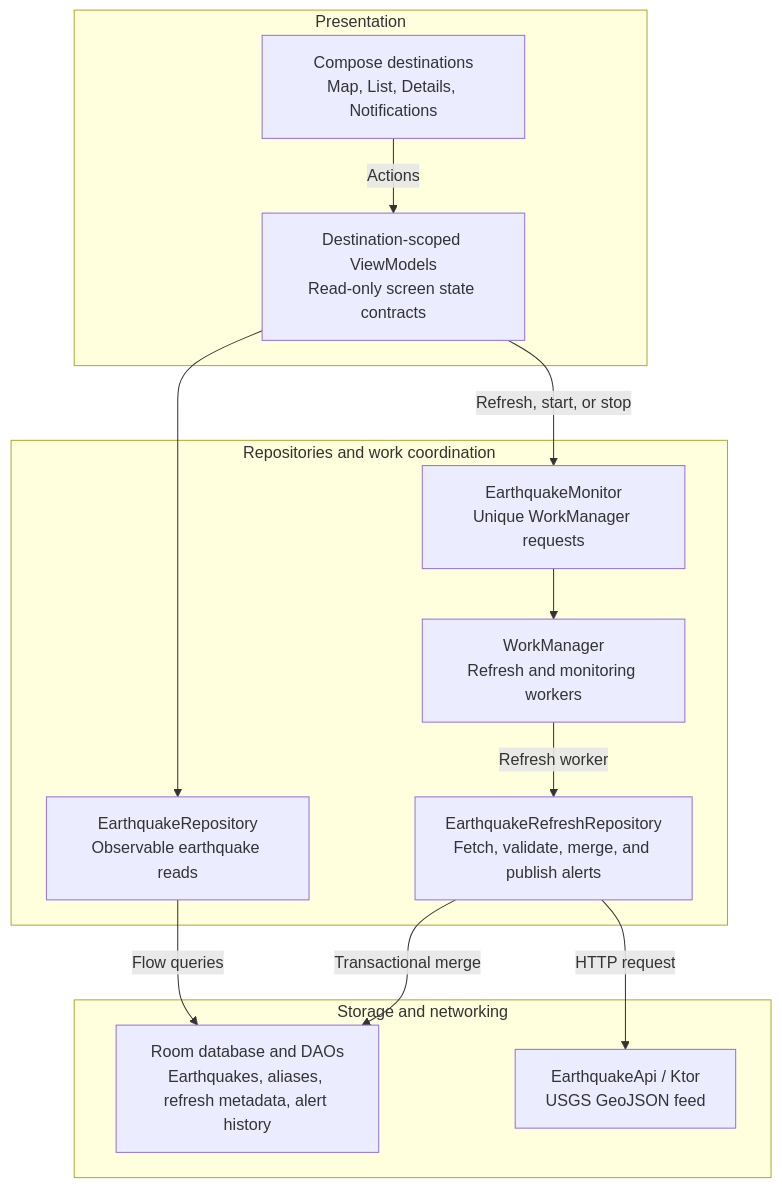
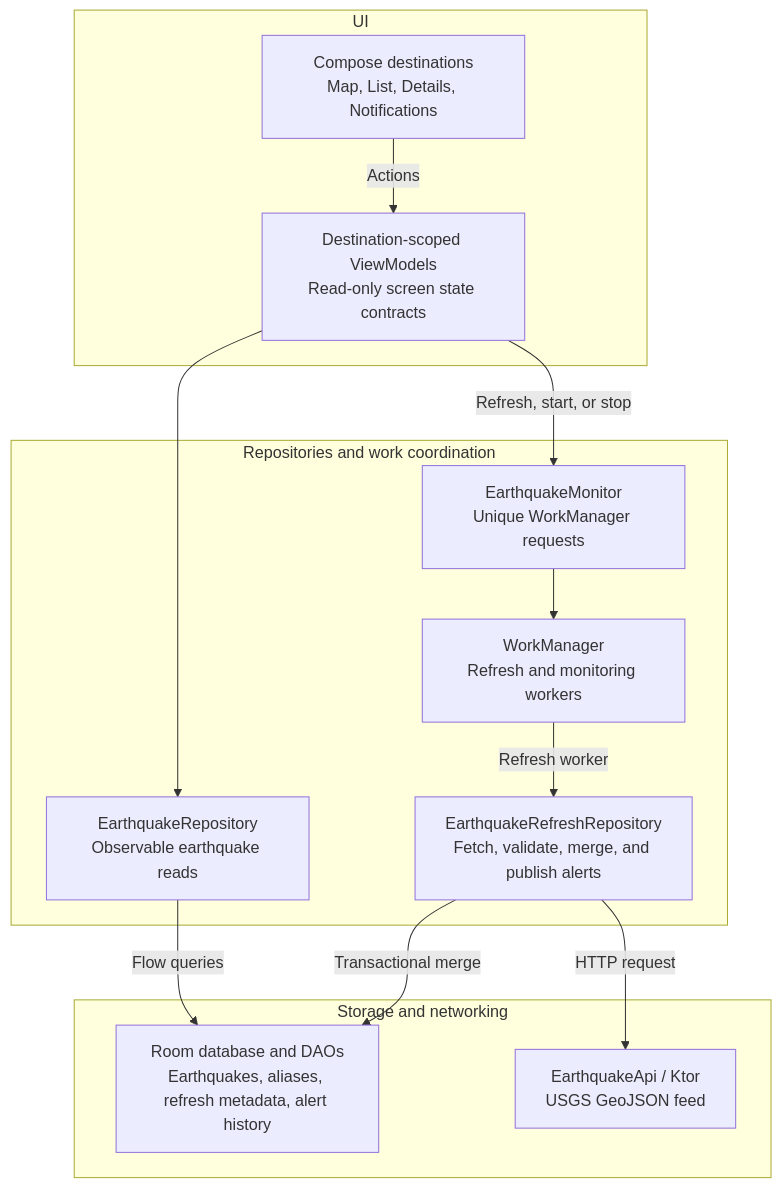
One commit to JohnTurkson/earthquake-tracker changed the second of 4 diagrams in README.md. Above: the diagram before and after it, drawn with Mermaid. The commit also changed other lines of this file, not shown here.

````diff
--- a/README.md
+++ b/README.md
@@ -130,28 +130,28 @@
 ```mermaid
 flowchart TB
-    subgraph PRESENTATION["Presentation"]
+    subgraph PRESENTATION["UI"]
         UI["Compose destinations<br/>Map, List, Details, Notifications"]
         VM["Destination-scoped ViewModels<br/>Read-only screen state contracts"]
         UI -->|Actions| VM
     end
 
     subgraph COORDINATION["Repositories and work coordination"]
         READ["EarthquakeRepository<br/>Observable earthquake reads"]
         SCHEDULER["EarthquakeMonitor<br/>Unique WorkManager requests"]
         WORKERS["WorkManager<br/>Refresh and monitoring workers"]
         WRITE["EarthquakeRefreshRepository<br/>Fetch, validate, merge, and publish alerts"]
         SCHEDULER --> WORKERS
         WORKERS -->|Refresh worker| WRITE
     end
 
     subgraph SOURCES["Storage and networking"]
         ROOM["Room database and DAOs<br/>Earthquakes, aliases, refresh metadata, alert history"]
         API["EarthquakeApi / Ktor<br/>USGS GeoJSON feed"]
     end
 
     VM --> READ
     VM -->|Refresh, start, or stop| SCHEDULER
     READ -->|Flow queries| ROOM
     WRITE -->|Transactional merge| ROOM
     WRITE -->|HTTP request| API
 ```
````
